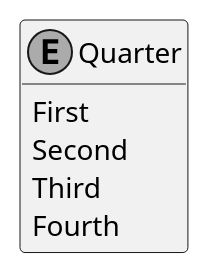
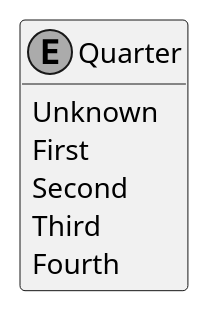
Before and after one commit to ObiWanLansi/DoofesZeug: the diagram in Documentation/Generated/Enumerations/DoofesZeug.Models.DateAndTime/Quarter.puml, drawn with PlantUML. The commit also changed 26 other files, not shown here.

```diff
--- a/Documentation/Generated/Enumerations/DoofesZeug.Models.DateAndTime/Quarter.puml
+++ b/Documentation/Generated/Enumerations/DoofesZeug.Models.DateAndTime/Quarter.puml
@@ -1,12 +1,13 @@
 @startuml
 skinparam monochrome true
 hide empty members
 
 enum Quarter {
+    Unknown
     First
     Second
     Third
     Fourth
 }
 
 @enduml
```
